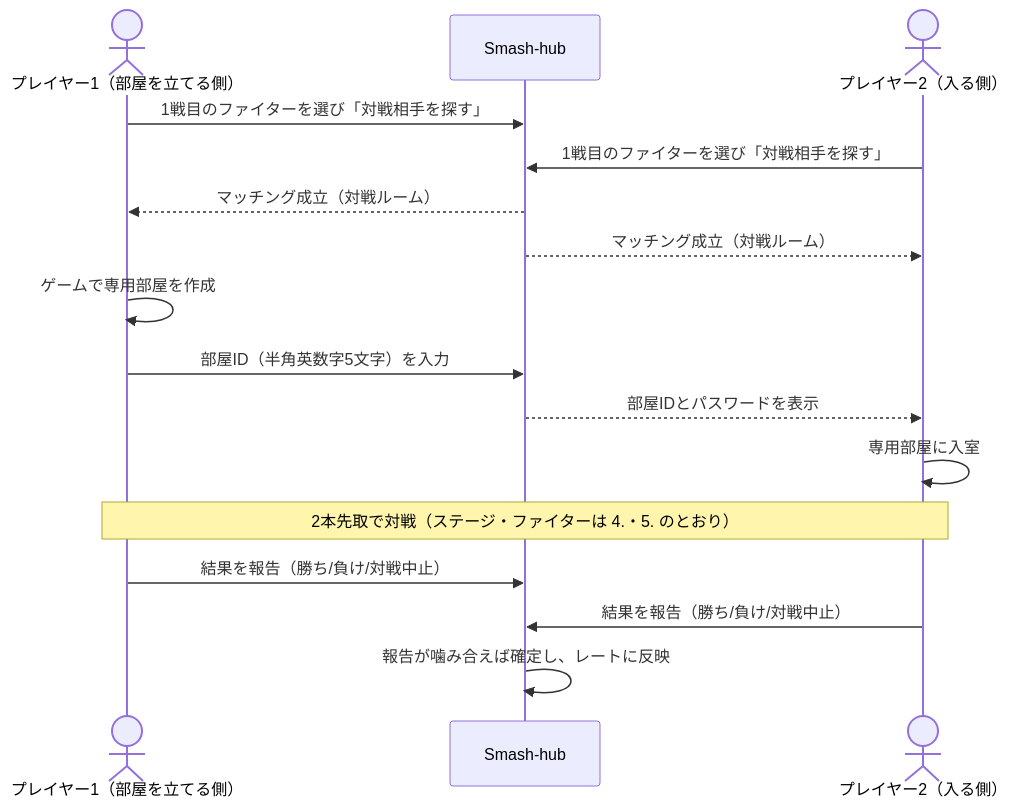
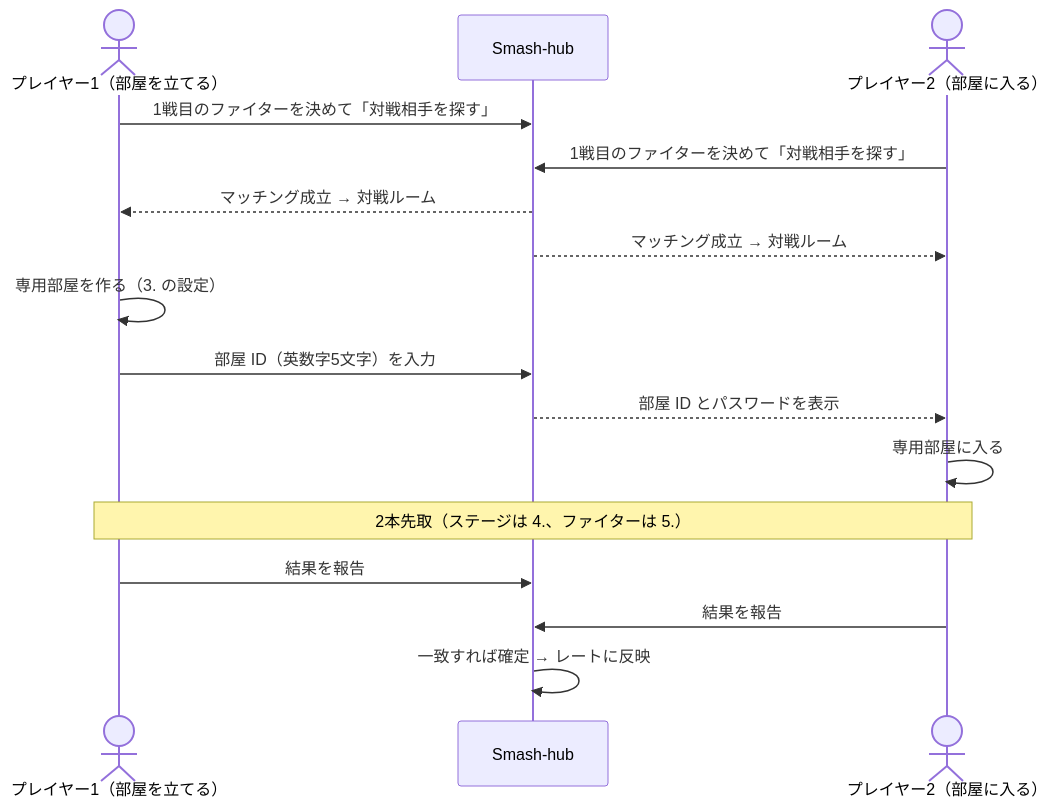
One commit to tacky0612/smash-hub changed the diagram in docs/domain/match-rules.md. Above: the diagram before and after it, drawn with Mermaid. The commit also changed other lines of this file, not shown here.

````diff
--- a/docs/domain/match-rules.md
+++ b/docs/domain/match-rules.md
@@ -107,18 +117,18 @@
 ```mermaid
 sequenceDiagram
-  actor P1 as プレイヤー1（部屋を立てる側）
+  actor P1 as プレイヤー1（部屋を立てる）
   participant S as Smash-hub
-  actor P2 as プレイヤー2（入る側）
-  P1->>S: 1戦目のファイターを選び「対戦相手を探す」
-  P2->>S: 1戦目のファイターを選び「対戦相手を探す」
-  S-->>P1: マッチング成立（対戦ルーム）
-  S-->>P2: マッチング成立（対戦ルーム）
-  P1->>P1: ゲームで専用部屋を作成
-  P1->>S: 部屋ID（半角英数字5文字）を入力
-  S-->>P2: 部屋IDとパスワードを表示
-  P2->>P2: 専用部屋に入室
-  Note over P1,P2: 2本先取で対戦（ステージ・ファイターは 4.・5. のとおり）
-  P1->>S: 結果を報告（勝ち/負け/対戦中止）
-  P2->>S: 結果を報告（勝ち/負け/対戦中止）
-  S->>S: 報告が噛み合えば確定し、レートに反映
+  actor P2 as プレイヤー2（部屋に入る）
+  P1->>S: 1戦目のファイターを決めて「対戦相手を探す」
+  P2->>S: 1戦目のファイターを決めて「対戦相手を探す」
+  S-->>P1: マッチング成立 → 対戦ルーム
+  S-->>P2: マッチング成立 → 対戦ルーム
+  P1->>P1: 専用部屋を作る（3. の設定）
+  P1->>S: 部屋 ID（英数字5文字）を入力
+  S-->>P2: 部屋 ID とパスワードを表示
+  P2->>P2: 専用部屋に入る
+  Note over P1,P2: 2本先取（ステージは 4.、ファイターは 5.）
+  P1->>S: 結果を報告
+  P2->>S: 結果を報告
+  S->>S: 一致すれば確定 → レートに反映
 ```
````
